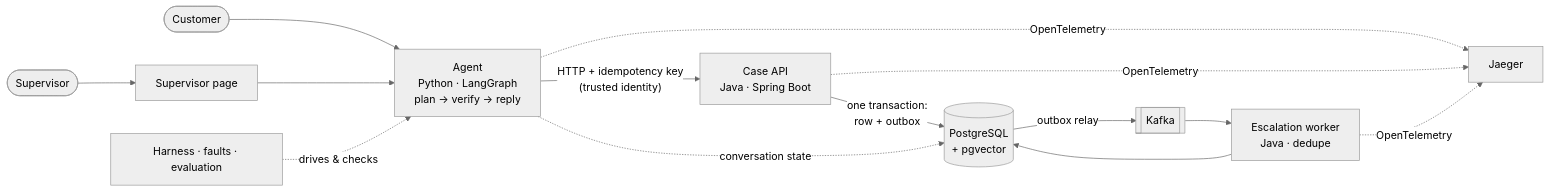
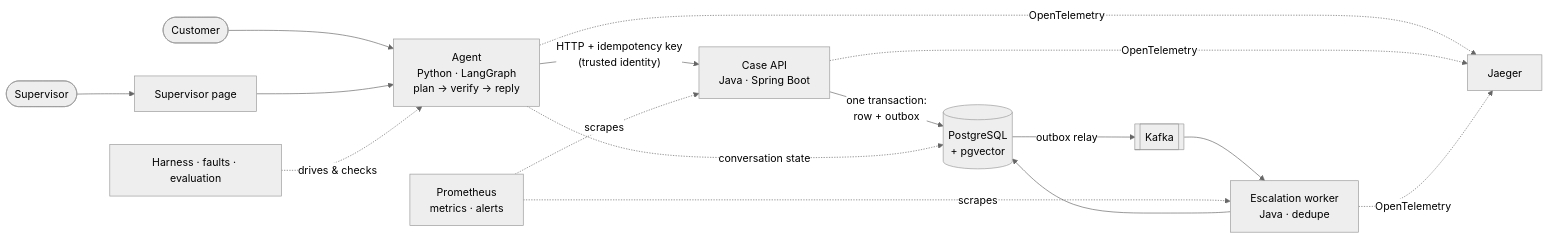
The diagram in README.md (phanindra798/caseguard), drawn with Mermaid (neutral theme) before and after one commit. The commit also changed other lines of this file and 40 other files, not shown here.

````diff
--- a/README.md
+++ b/README.md
@@ -33,13 +37,14 @@
 ```mermaid
 flowchart LR
     C([Customer]) --> A["Agent<br/>Python · LangGraph<br/>plan → verify → reply"]
     S([Supervisor]) --> UI["Supervisor page"] --> A
     A -- "HTTP + idempotency key<br/>(trusted identity)" --> API["Case API<br/>Java · Spring Boot"]
     API -- "one transaction:<br/>row + outbox" --> DB[("PostgreSQL<br/>+ pgvector")]
     DB -- "outbox relay" --> K[["Kafka"]]
     K --> W["Escalation worker<br/>Java · dedupe"]
     W --> DB
     A -. "conversation state" .-> DB
     A & API & W -. "OpenTelemetry" .-> J["Jaeger"]
+    P["Prometheus<br/>metrics · alerts"] -. "scrapes" .-> API & W
     H["Harness · faults · evaluation"] -. "drives & checks" .-> A
 ```
````
